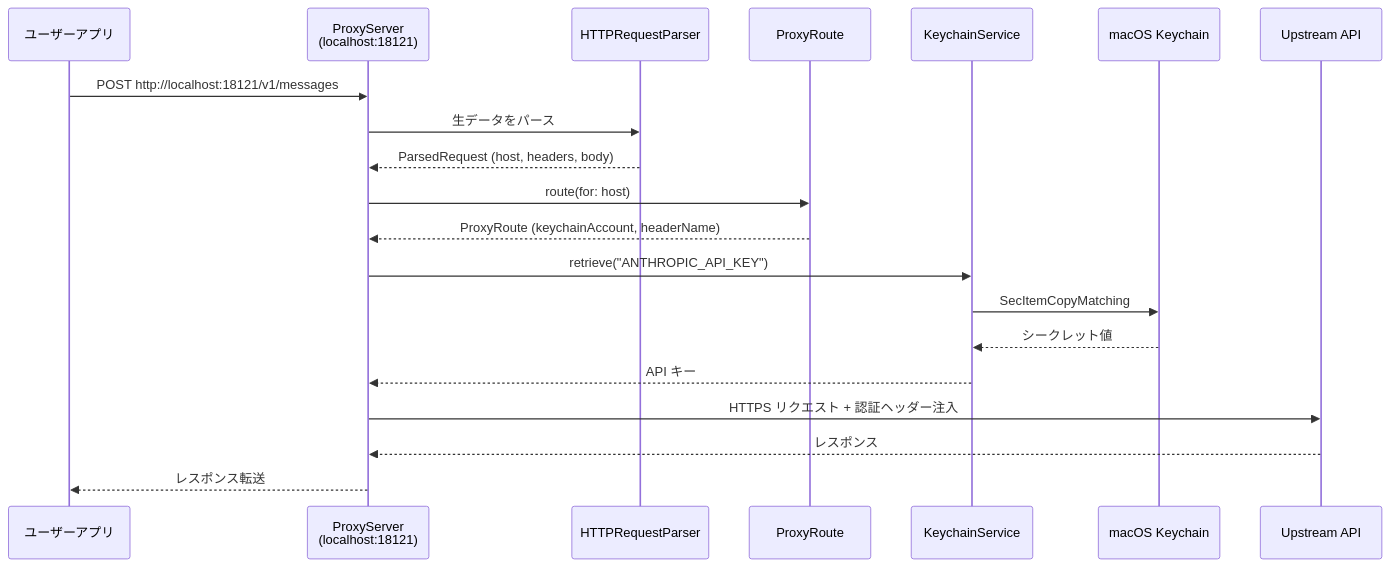
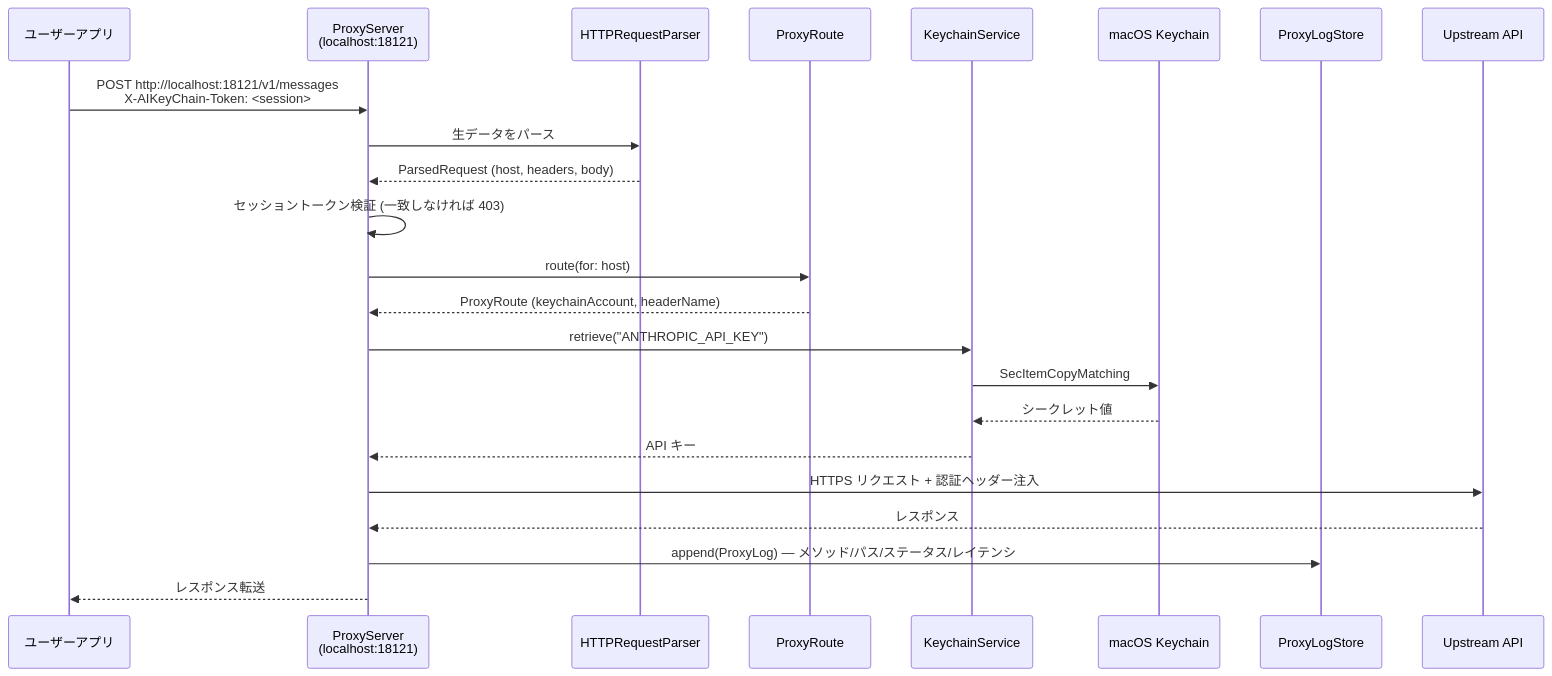
Before and after one commit to aieo-product/AIkeychain: the fourth of 5 diagrams in docs/design/architecture.md, drawn with Mermaid. The commit also changed other lines of this file and 7 other files, not shown here.

````diff
--- a/docs/design/architecture.md
+++ b/docs/design/architecture.md
@@ -89,23 +121,26 @@
 ```mermaid
 sequenceDiagram
     participant App as ユーザーアプリ
     participant Proxy as ProxyServer<br/>(localhost:18121)
     participant Parser as HTTPRequestParser
     participant Route as ProxyRoute
     participant KS as KeychainService
     participant Keychain as macOS Keychain
+    participant Log as ProxyLogStore
     participant API as Upstream API
 
-    App->>Proxy: POST http://localhost:18121/v1/messages
+    App->>Proxy: POST http://localhost:18121/v1/messages<br/>X-AIKeyChain-Token: <session>
     Proxy->>Parser: 生データをパース
     Parser-->>Proxy: ParsedRequest (host, headers, body)
+    Proxy->>Proxy: セッショントークン検証 (一致しなければ 403)
     Proxy->>Route: route(for: host)
     Route-->>Proxy: ProxyRoute (keychainAccount, headerName)
     Proxy->>KS: retrieve("ANTHROPIC_API_KEY")
     KS->>Keychain: SecItemCopyMatching
     Keychain-->>KS: シークレット値
     KS-->>Proxy: API キー
     Proxy->>API: HTTPS リクエスト + 認証ヘッダー注入
     API-->>Proxy: レスポンス
+    Proxy->>Log: append(ProxyLog) — メソッド/パス/ステータス/レイテンシ
     Proxy-->>App: レスポンス転送
 ```
````
